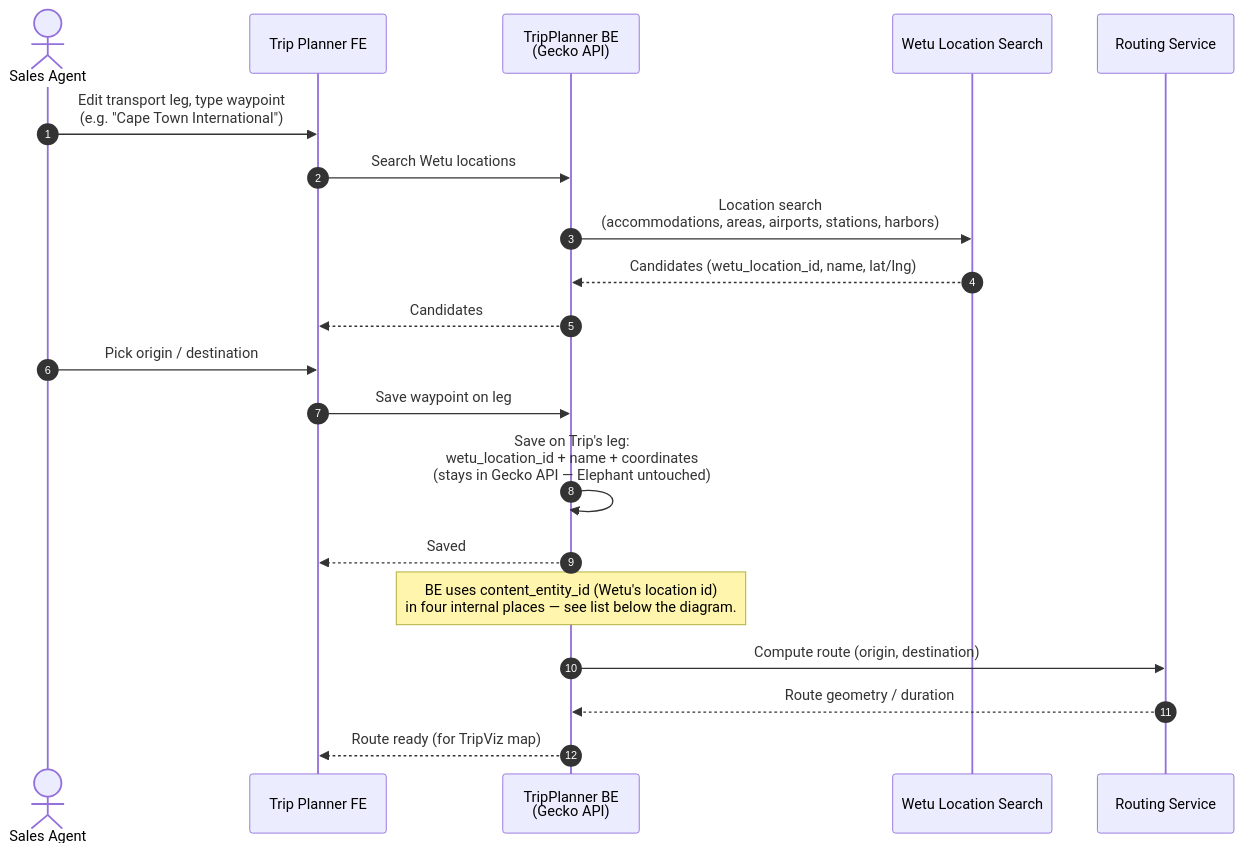
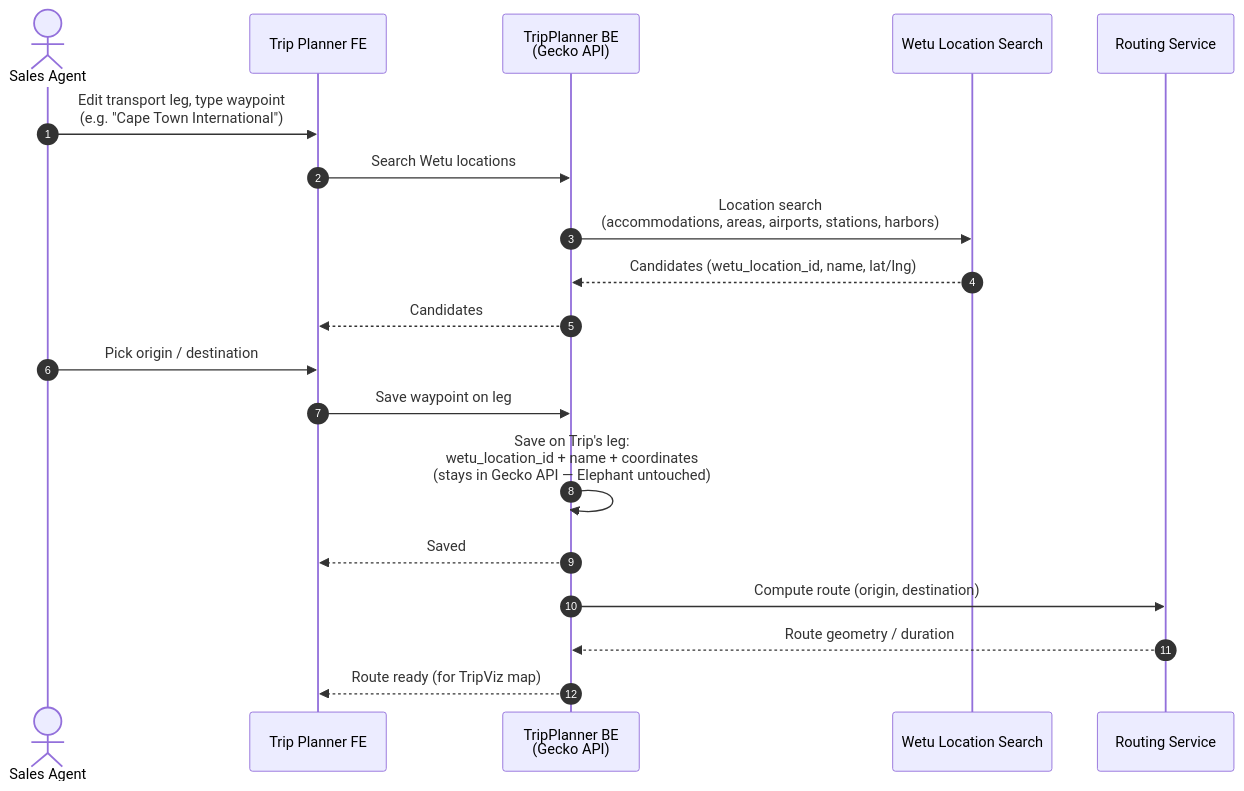
The fifth of 5 diagrams in OUTPUTS/2026-04-24_TripPlannerWetu-sequence-diagrams/TripPlannerWetu_Documentation.md (kliuchnikau-tourlane/ClaudeCowork), drawn with Mermaid before and after one commit. The commit also changed other lines of this file, not shown here.

First line of the commit message:
Drop Diagram 4 touchpoints; rework ID storage table

````diff
--- a/OUTPUTS/2026-04-24_TripPlannerWetu-sequence-diagrams/TripPlannerWetu_Documentation.md
+++ b/OUTPUTS/2026-04-24_TripPlannerWetu-sequence-diagrams/TripPlannerWetu_Documentation.md
@@ -232,26 +231,24 @@
 ```mermaid
 sequenceDiagram
     autonumber
     actor Agent as Sales Agent
     participant TP as Trip Planner FE
     participant BE as TripPlanner BE<br/>(Gecko API)
     participant Wetu as Wetu Location Search
     participant RS as Routing Service
 
     Agent->>TP: Edit transport leg, type waypoint<br/>(e.g. "Cape Town International")
     TP->>BE: Search Wetu locations
     BE->>Wetu: Location search<br/>(accommodations, areas, airports, stations, harbors)
     Wetu-->>BE: Candidates (wetu_location_id, name, lat/lng)
     BE-->>TP: Candidates
 
     Agent->>TP: Pick origin / destination
     TP->>BE: Save waypoint on leg
     BE->>BE: Save on Trip's leg:<br/>wetu_location_id + name + coordinates<br/>(stays in Gecko API — Elephant untouched)
     BE-->>TP: Saved
 
-    Note over BE: BE uses content_entity_id (Wetu's location id)<br/>in four internal places — see list below the diagram.
-
     BE->>RS: Compute route (origin, destination)
     RS-->>BE: Route geometry / duration
     BE-->>TP: Route ready (for TripViz map)
 ```
````
